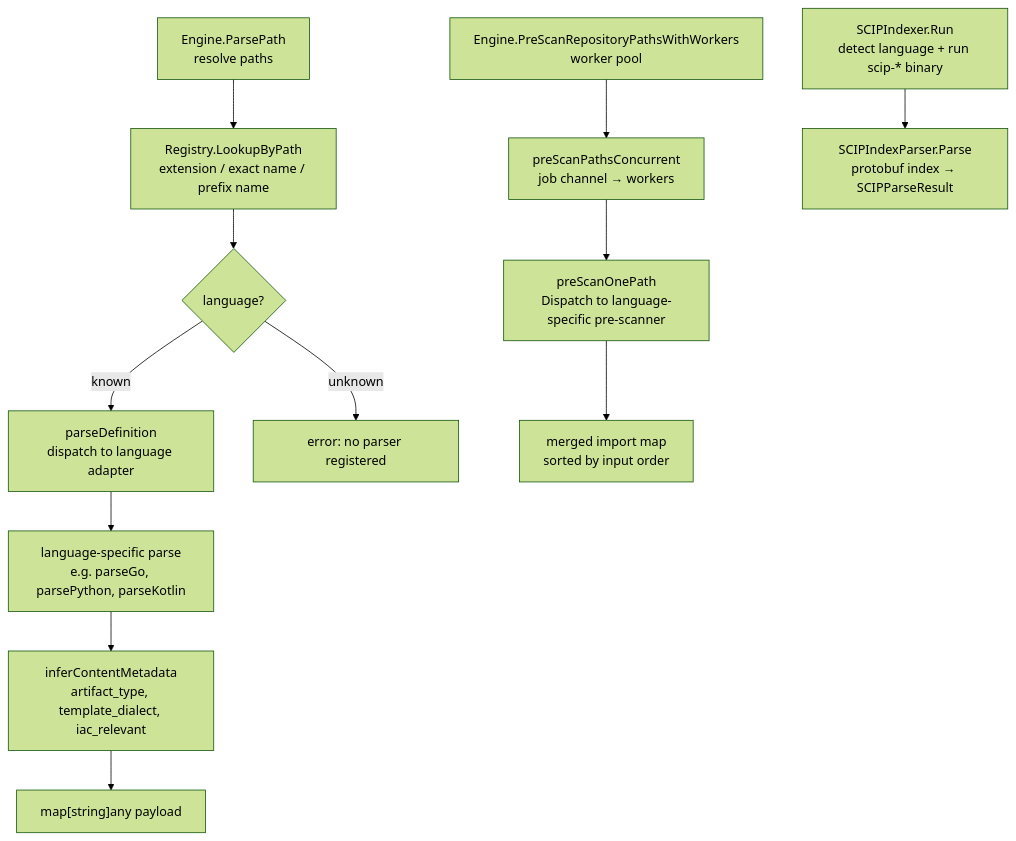
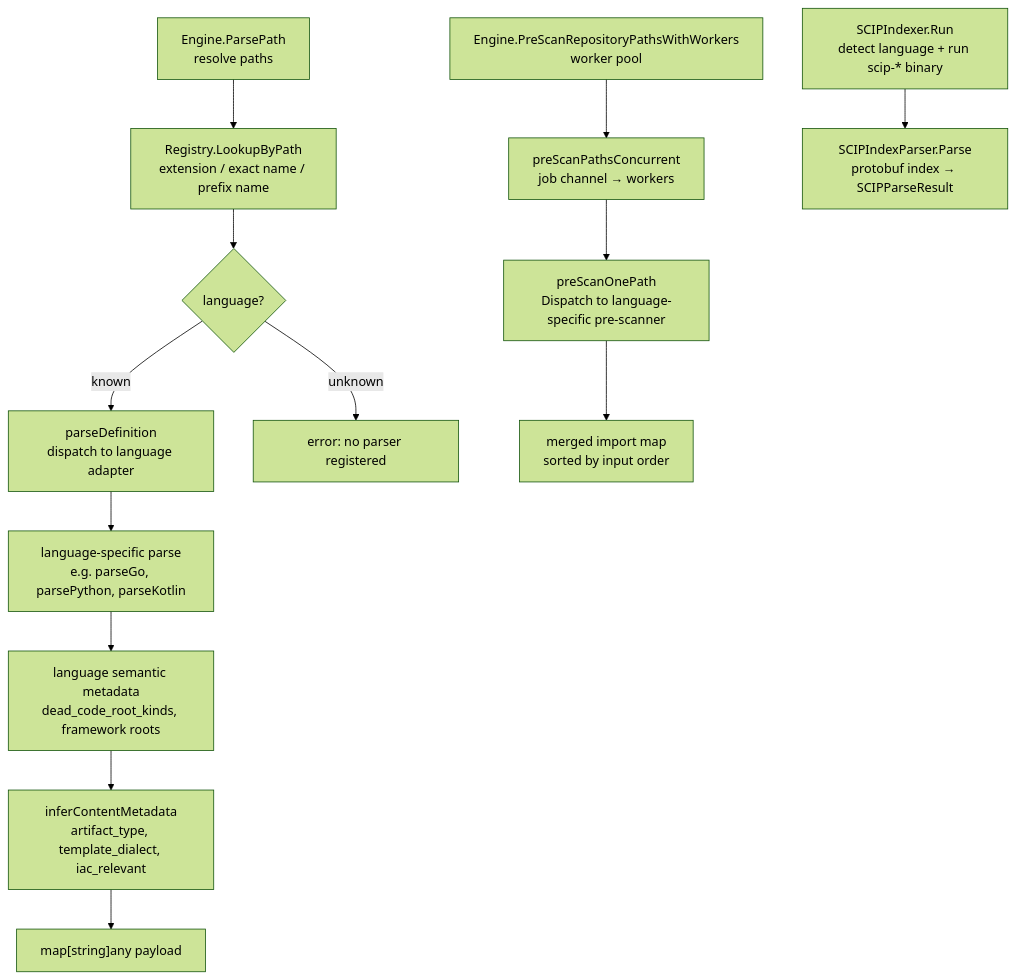
The second of 2 diagrams in go/internal/parser/README.md (eshu-hq/eshu), drawn with Mermaid (forest theme) before and after one commit. The commit also changed other lines of this file and 141 other files, not shown here.

First line of the commit message:
feat(dead-code): mature Go root handling

````diff
--- a/go/internal/parser/README.md
+++ b/go/internal/parser/README.md
@@ -27,16 +28,17 @@
 ```mermaid
 flowchart TB
   A["Engine.ParsePath\nresolve paths"] --> B["Registry.LookupByPath\nextension / exact name / prefix name"]
   B --> C{"language?"}
   C -- known --> D["parseDefinition\ndispatch to language adapter"]
   C -- unknown --> E["error: no parser registered"]
   D --> F["language-specific parse\ne.g. parseGo, parsePython, parseKotlin"]
-  F --> G["inferContentMetadata\nartifact_type, template_dialect, iac_relevant"]
+  F --> F2["language semantic metadata\ndead_code_root_kinds, framework roots"]
+  F2 --> G["inferContentMetadata\nartifact_type, template_dialect, iac_relevant"]
   G --> H["map[string]any payload"]
 
   A2["Engine.PreScanRepositoryPathsWithWorkers\nworker pool"] --> I["preScanPathsConcurrent\njob channel → workers"]
   I --> J["preScanOnePath\nDispatch to language-specific pre-scanner"]
   J --> K["merged import map\nsorted by input order"]
 
   L["SCIPIndexer.Run\ndetect language + run scip-* binary"] --> M["SCIPIndexParser.Parse\nprotobuf index → SCIPParseResult"]
 ```
````
